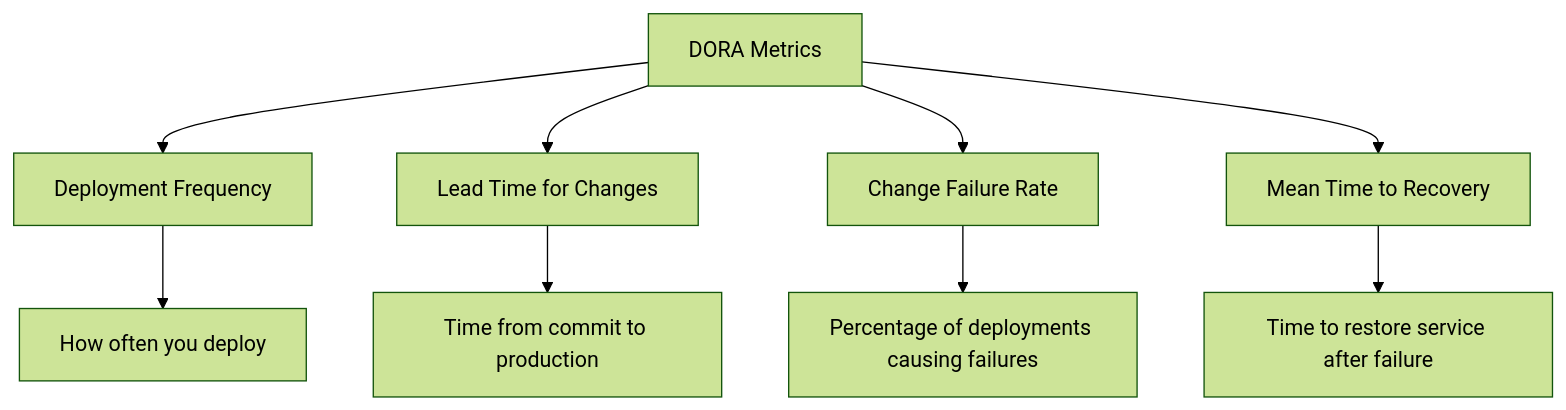
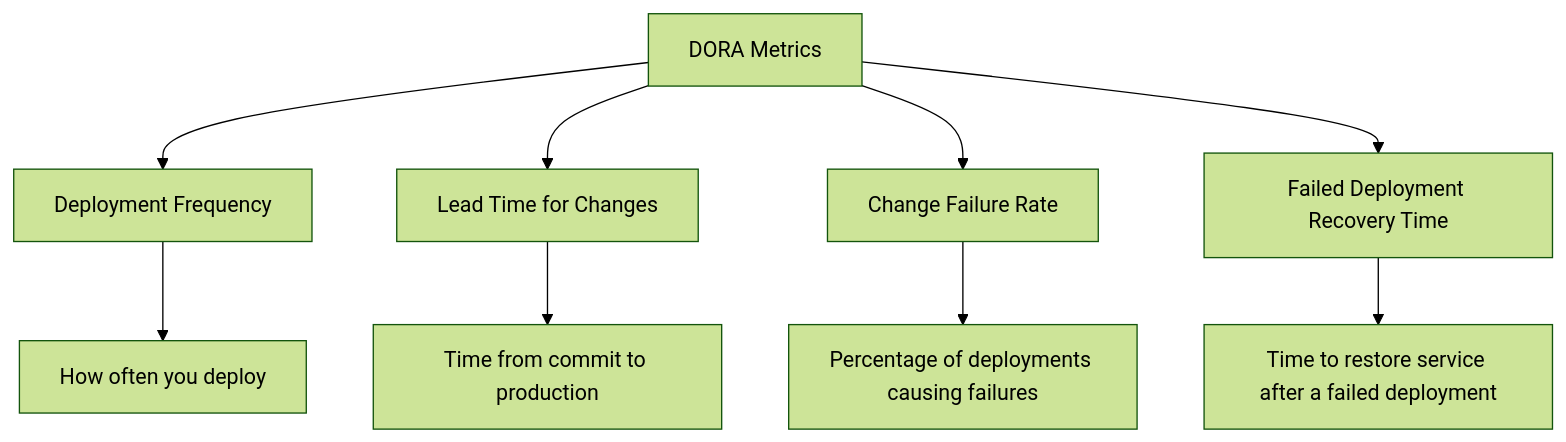
Before and after one commit to OneUptime/blog: the first of 5 diagrams in posts/2026-02-20-devops-metrics-dora/README.md, drawn with Mermaid (forest theme). The commit also changed other lines of this file and 2 other files, not shown here.

````diff
--- a/posts/2026-02-20-devops-metrics-dora/README.md
+++ b/posts/2026-02-20-devops-metrics-dora/README.md
@@ -17,11 +17,11 @@
 ```mermaid
 graph TD
     A[DORA Metrics] --> B[Deployment Frequency]
     A --> C[Lead Time for Changes]
     A --> D[Change Failure Rate]
-    A --> E[Mean Time to Recovery]
+    A --> E[Failed Deployment Recovery Time]
     B --> F[How often you deploy]
     C --> G[Time from commit to production]
     D --> H[Percentage of deployments causing failures]
-    E --> I[Time to restore service after failure]
+    E --> I[Time to restore service after a failed deployment]
 ```
````
